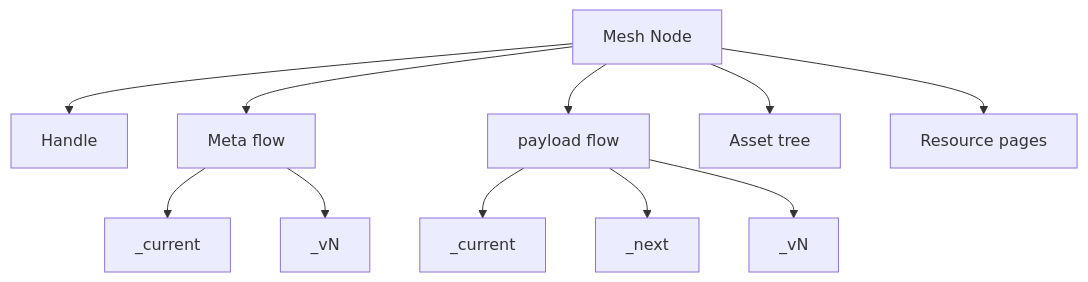
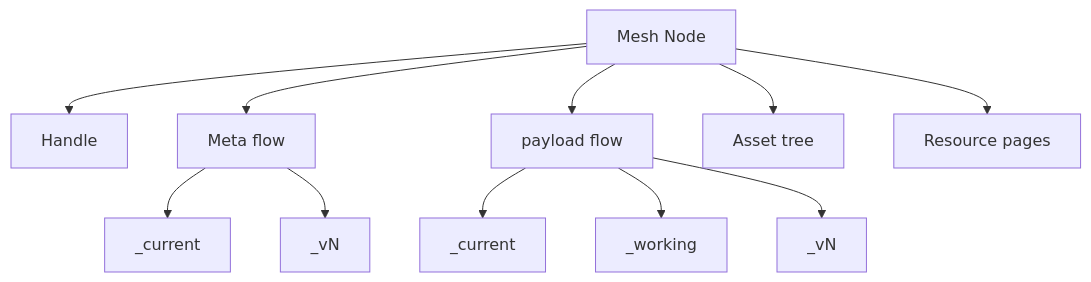
One commit to semantic-flow/sflo changed the diagram in documentation/concept.summary.md. Above: the diagram before and after it, drawn with Mermaid. The commit also changed other lines of this file and 28 other files, not shown here.

Commit message:
docs: changed _next to _working

````diff
--- a/documentation/concept.summary.md
+++ b/documentation/concept.summary.md
@@ -197,14 +197,14 @@
 ```mermaid
 graph TD
   A[Mesh Node] --> B[Handle]
   A --> C[Meta flow]
   A --> E[payload flow]
   A --> G[Asset tree]
   A --> H[Resource pages]
 
   C --> C1[_current]
   C --> C2[_vN]
   E --> E1[_current]
-  E --> E2[_next]
+  E --> E2[_working]
   E --> E3[_vN]
 ```
````
